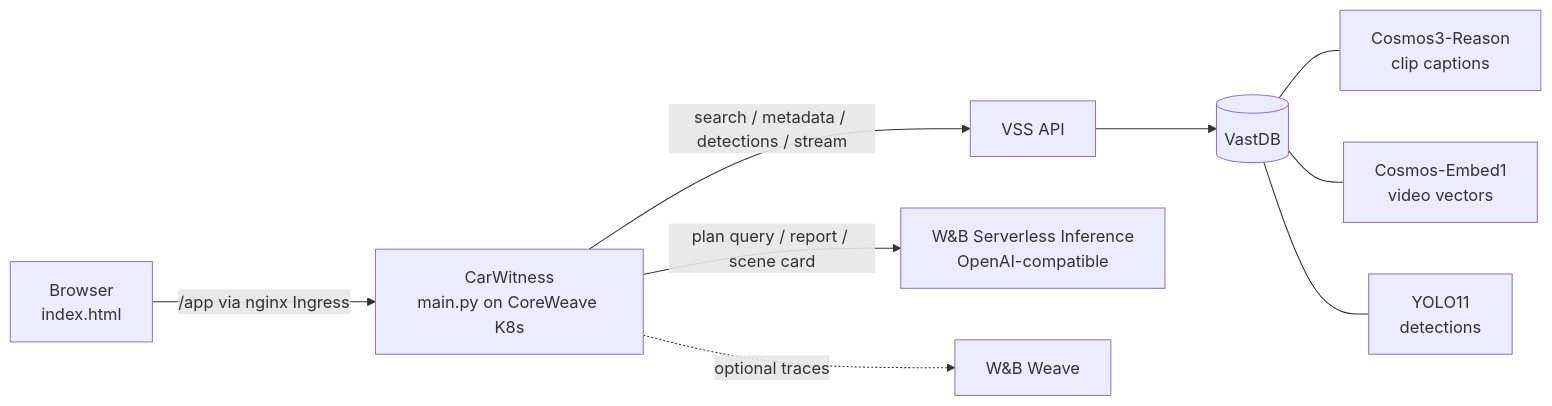
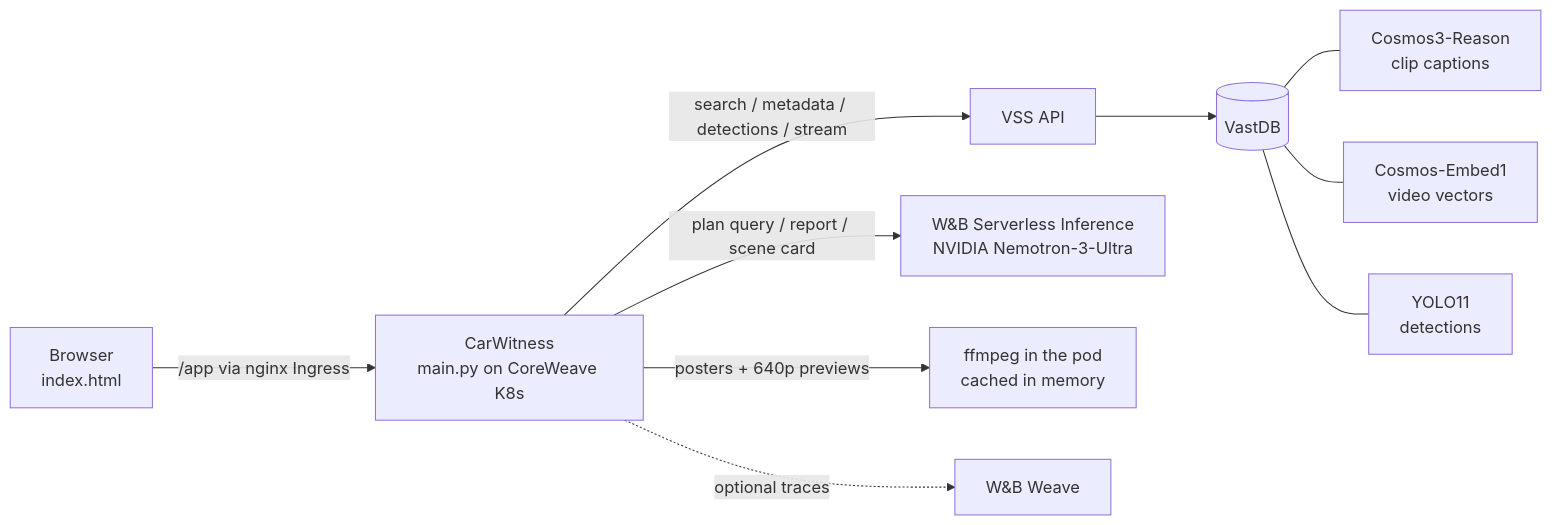
The diagram in README.md (Stephen2077/carwitness), drawn with Mermaid before and after one commit. The commit also changed other lines of this file and 1 other file, not shown here.

Commit message:
README + submission text: Nemotron, previews, how it differs from the VSS sample UI

````diff
--- a/README.md
+++ b/README.md
@@ -27,11 +42,12 @@
 ```mermaid
 flowchart LR
   B[Browser<br/>index.html] -->|/app via nginx Ingress| C[CarWitness<br/>main.py on CoreWeave K8s]
   C -->|search / metadata / detections / stream| V[VSS API]
   V --> D[(VastDB)]
   D --- R[Cosmos3-Reason<br/>clip captions]
   D --- E[Cosmos-Embed1<br/>video vectors]
   D --- Y[YOLO11<br/>detections]
-  C -->|plan query / report / scene card| W[W&B Serverless Inference<br/>OpenAI-compatible]
+  C -->|plan query / report / scene card| W[W&B Serverless Inference<br/>NVIDIA Nemotron-3-Ultra]
+  C -->|posters + 640p previews| F[ffmpeg in the pod<br/>cached in memory]
   C -.optional traces.-> WV[W&B Weave]
 ```
````
